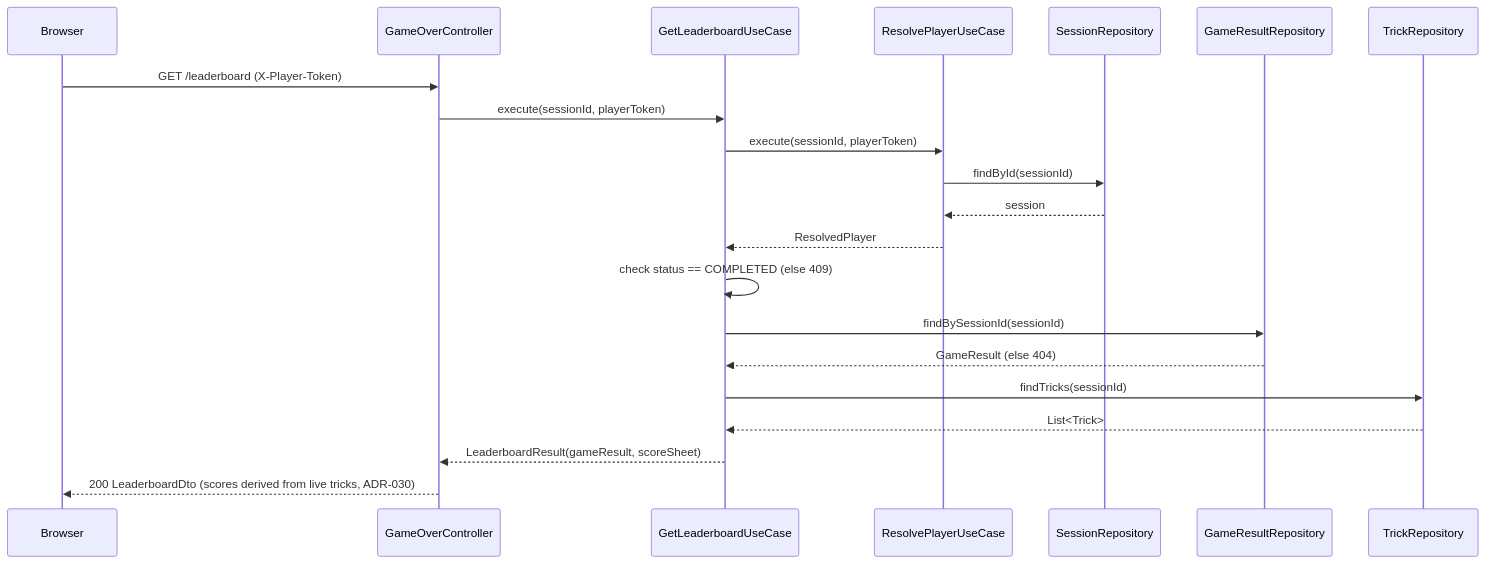
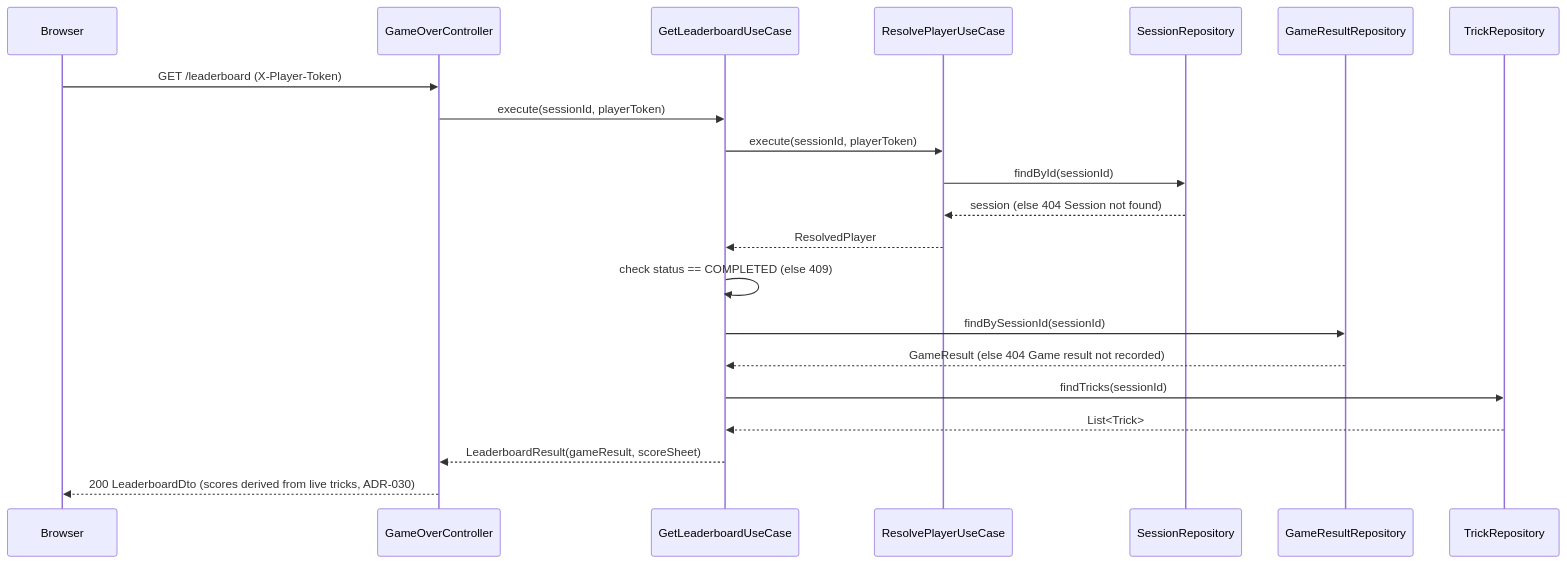
Before and after one commit to maglez/eop-threat-medeling: diagram 11 of 12 in docs/architecture/runtime-view.md, drawn with Mermaid. The commit also changed 9 other files, not shown here.

````diff
--- a/docs/architecture/runtime-view.md
+++ b/docs/architecture/runtime-view.md
@@ -1214,24 +1214,24 @@
 ```mermaid
 sequenceDiagram
     participant Browser
     participant GameOverController
     participant GetLeaderboardUseCase
     participant ResolvePlayerUseCase
     participant SessionRepository
     participant GameResultRepository
     participant TrickRepository
 
     Browser->>GameOverController: GET /leaderboard (X-Player-Token)
     GameOverController->>GetLeaderboardUseCase: execute(sessionId, playerToken)
     GetLeaderboardUseCase->>ResolvePlayerUseCase: execute(sessionId, playerToken)
     ResolvePlayerUseCase->>SessionRepository: findById(sessionId)
-    SessionRepository-->>ResolvePlayerUseCase: session
+    SessionRepository-->>ResolvePlayerUseCase: session (else 404 Session not found)
     ResolvePlayerUseCase-->>GetLeaderboardUseCase: ResolvedPlayer
     GetLeaderboardUseCase->>GetLeaderboardUseCase: check status == COMPLETED (else 409)
     GetLeaderboardUseCase->>GameResultRepository: findBySessionId(sessionId)
-    GameResultRepository-->>GetLeaderboardUseCase: GameResult (else 404)
+    GameResultRepository-->>GetLeaderboardUseCase: GameResult (else 404 Game result not recorded)
     GetLeaderboardUseCase->>TrickRepository: findTricks(sessionId)
     TrickRepository-->>GetLeaderboardUseCase: List<Trick>
     GetLeaderboardUseCase-->>GameOverController: LeaderboardResult(gameResult, scoreSheet)
     GameOverController-->>Browser: 200 LeaderboardDto (scores derived from live tricks, ADR-030)
 ```
````
